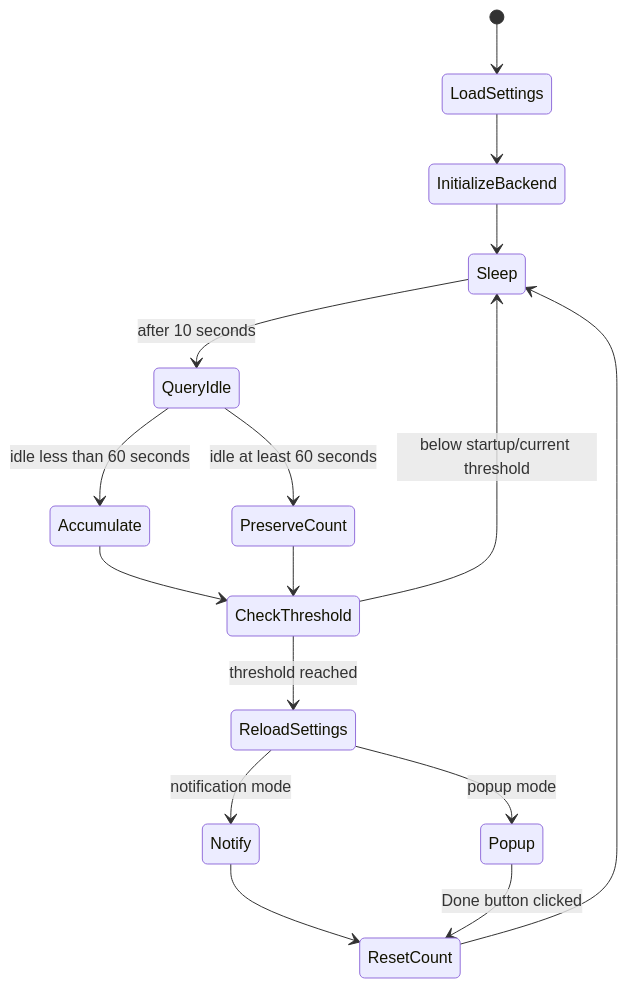
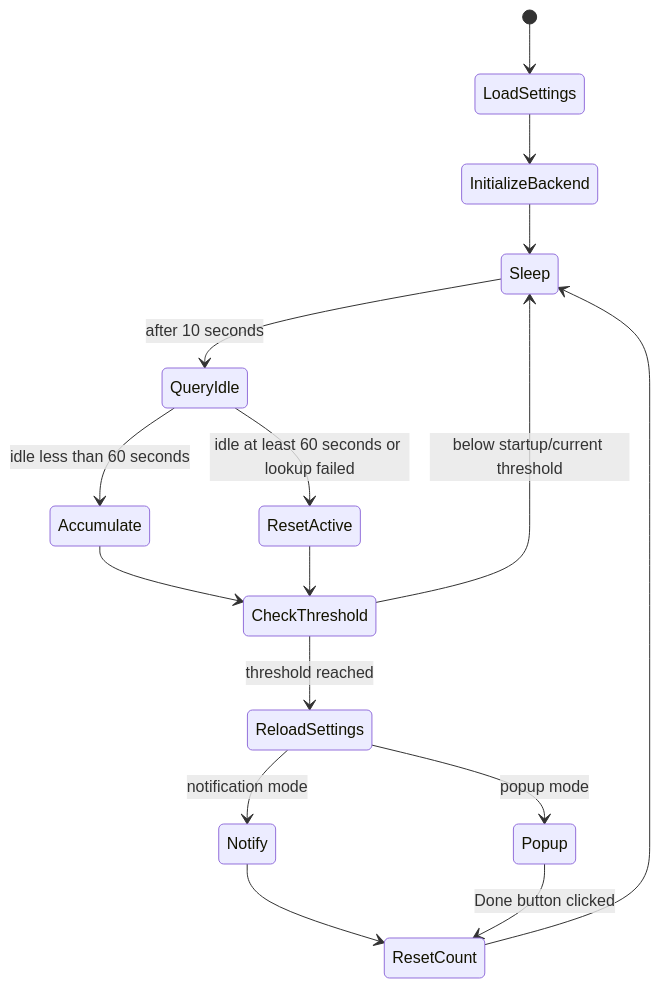
The second of 2 diagrams in docs/ARCHITECTURE.md (KLX1899/eyeki), drawn with Mermaid before and after one commit. The commit also changed other lines of this file and 17 other files, not shown here.

````diff
--- a/docs/ARCHITECTURE.md
+++ b/docs/ARCHITECTURE.md
@@ -50,18 +51,18 @@
 ```mermaid
 stateDiagram-v2
     [*] --> LoadSettings
     LoadSettings --> InitializeBackend
     InitializeBackend --> Sleep
     Sleep --> QueryIdle: after 10 seconds
     QueryIdle --> Accumulate: idle less than 60 seconds
-    QueryIdle --> PreserveCount: idle at least 60 seconds
+    QueryIdle --> ResetActive: idle at least 60 seconds or lookup failed
     Accumulate --> CheckThreshold
-    PreserveCount --> CheckThreshold
+    ResetActive --> CheckThreshold
     CheckThreshold --> Sleep: below startup/current threshold
     CheckThreshold --> ReloadSettings: threshold reached
     ReloadSettings --> Notify: notification mode
     ReloadSettings --> Popup: popup mode
     Notify --> ResetCount
     Popup --> ResetCount: Done button clicked
     ResetCount --> Sleep
 ```
````
